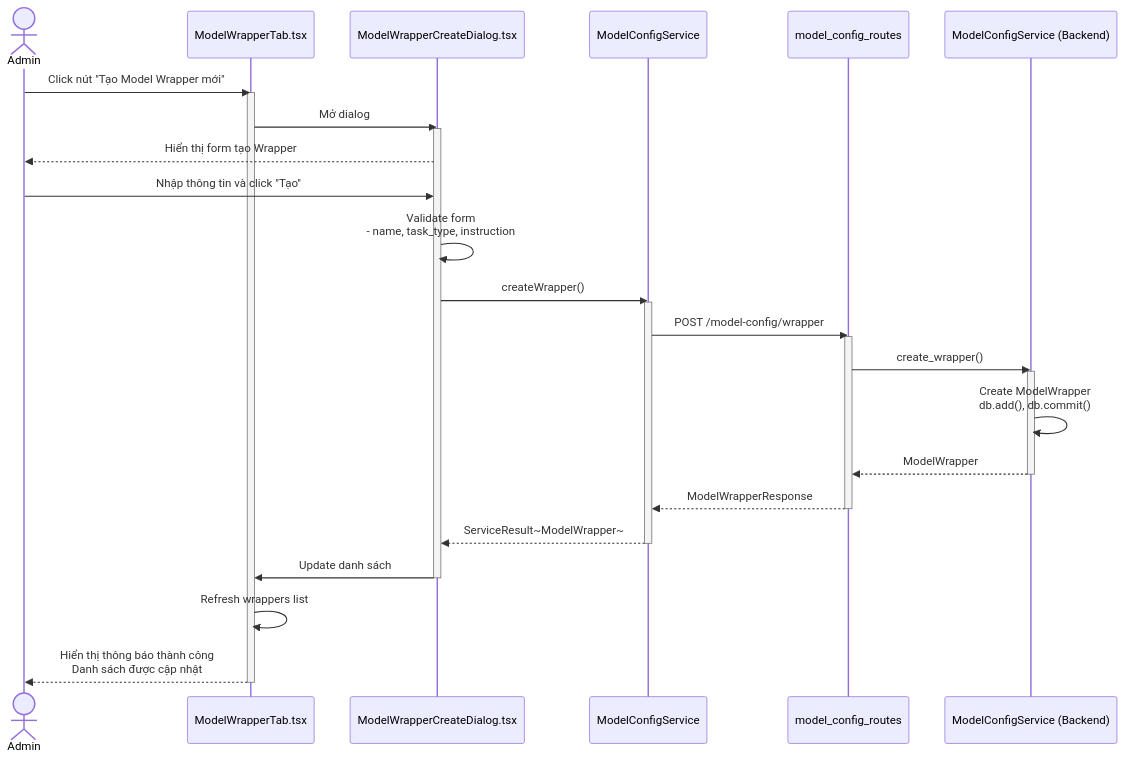
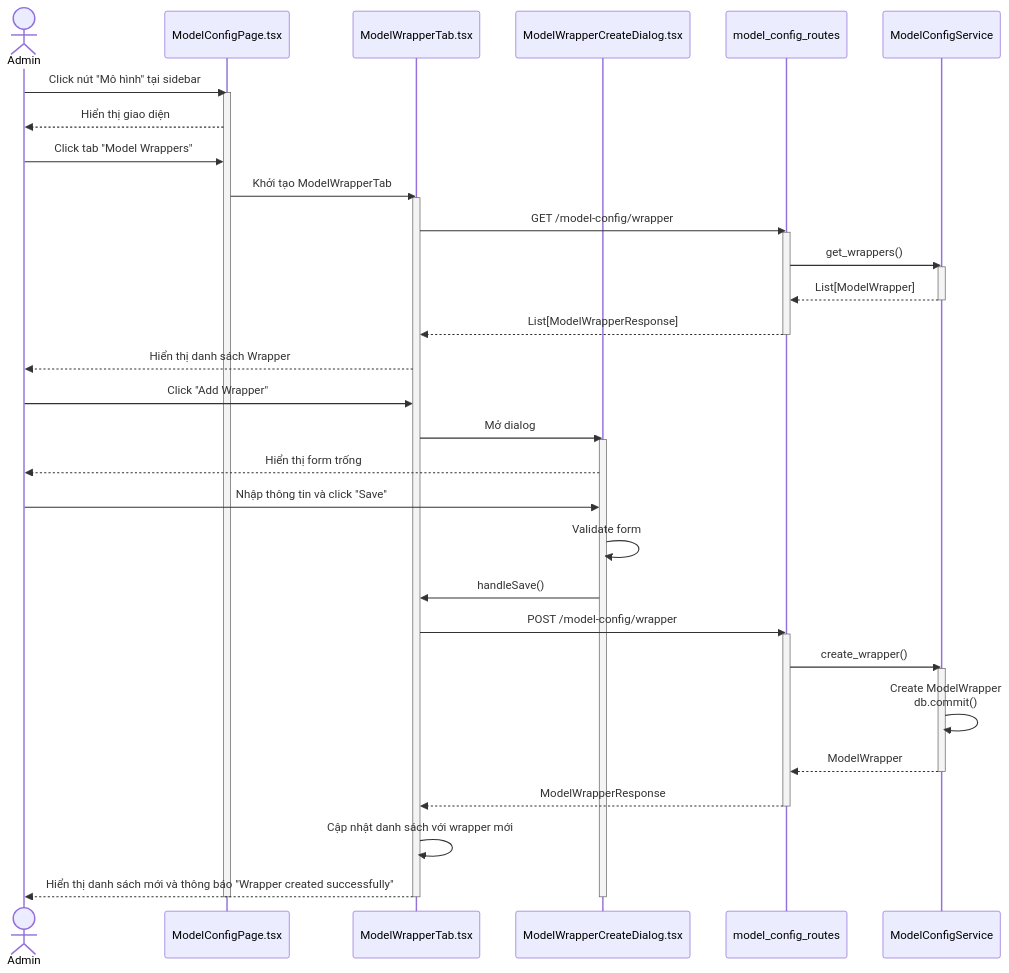
Before and after one commit to mduc-2610/gp_doc: the eighth of 10 diagrams in model_config/4_model_config_seq.md, drawn with Mermaid. The commit also changed other lines of this file and 12 other files, not shown here.

Commit message:
refactor scenario and sequence

````diff
--- a/model_config/4_model_config_seq.md
+++ b/model_config/4_model_config_seq.md
@@ -269,48 +430,56 @@
 ```mermaid
 sequenceDiagram
     actor Admin
+    participant ModelConfigPage as ModelConfigPage.tsx
     participant ModelWrapperTab as ModelWrapperTab.tsx
     participant ModelWrapperCreateDialog as ModelWrapperCreateDialog.tsx
+    participant ModelConfigRoutes as model_config_routes
     participant ModelConfigService as ModelConfigService
-    participant ModelConfigRoutes as model_config_routes
-    participant ModelConfigBackendService as ModelConfigService (Backend)
 
-    Admin->>ModelWrapperTab: Click nút "Tạo Model Wrapper mới"
+    Admin->>ModelConfigPage: Click nút "Mô hình" tại sidebar
+    activate ModelConfigPage
+    ModelConfigPage-->>Admin: Hiển thị giao diện
+    
+    Admin->>ModelConfigPage: Click tab "Model Wrappers"
+    ModelConfigPage->>ModelWrapperTab: Khởi tạo ModelWrapperTab
     activate ModelWrapperTab
     
+    ModelWrapperTab->>ModelConfigRoutes: GET /model-config/wrapper
+    activate ModelConfigRoutes
+    ModelConfigRoutes->>ModelConfigService: get_wrappers()
+    activate ModelConfigService
+    ModelConfigService-->>ModelConfigRoutes: List[ModelWrapper]
+    deactivate ModelConfigService
+    ModelConfigRoutes-->>ModelWrapperTab: List[ModelWrapperResponse]
+    deactivate ModelConfigRoutes
+    
+    ModelWrapperTab-->>Admin: Hiển thị danh sách Wrapper
+    
+    Admin->>ModelWrapperTab: Click "Add Wrapper"
     ModelWrapperTab->>ModelWrapperCreateDialog: Mở dialog
     activate ModelWrapperCreateDialog
+    ModelWrapperCreateDialog-->>Admin: Hiển thị form trống
     
-    ModelWrapperCreateDialog-->>Admin: Hiển thị form tạo Wrapper
+    Admin->>ModelWrapperCreateDialog: Nhập thông tin và click "Save"
+    ModelWrapperCreateDialog->>ModelWrapperCreateDialog: Validate form
+    ModelWrapperCreateDialog->>ModelWrapperTab: handleSave()
     
-    Admin->>ModelWrapperCreateDialog: Nhập thông tin và click "Tạo"
-    
-    ModelWrapperCreateDialog->>ModelWrapperCreateDialog: Validate form<br/>- name, task_type, instruction
-    
-    ModelWrapperCreateDialog->>ModelConfigService: createWrapper()
+    ModelWrapperTab->>ModelConfigRoutes: POST /model-config/wrapper
+    activate ModelConfigRoutes
+    ModelConfigRoutes->>ModelConfigService: create_wrapper()
     activate ModelConfigService
     
-    ModelConfigService->>ModelConfigRoutes: POST /model-config/wrapper
-    activate ModelConfigRoutes
+    ModelConfigService->>ModelConfigService: Create ModelWrapper<br/>db.commit()
     
-    ModelConfigRoutes->>ModelConfigBackendService: create_wrapper()
-    activate ModelConfigBackendService
-    
-    ModelConfigBackendService->>ModelConfigBackendService: Create ModelWrapper<br/>db.add(), db.commit()
-    
-    ModelConfigBackendService-->>ModelConfigRoutes: ModelWrapper
-    deactivate ModelConfigBackendService
-    
-    ModelConfigRoutes-->>ModelConfigService: ModelWrapperResponse
+    ModelConfigService-->>ModelConfigRoutes: ModelWrapper
+    deactivate ModelConfigService
+    ModelConfigRoutes-->>ModelWrapperTab: ModelWrapperResponse
     deactivate ModelConfigRoutes
     
-    ModelConfigService-->>ModelWrapperCreateDialog: ServiceResult~ModelWrapper~
-    deactivate ModelConfigService
+    ModelWrapperTab->>ModelWrapperTab: Cập nhật danh sách với wrapper mới
+    ModelWrapperTab-->>Admin: Hiển thị danh sách mới và thông báo "Wrapper created successfully"
     
-    ModelWrapperCreateDialog->>ModelWrapperTab: Update danh sách
     deactivate ModelWrapperCreateDialog
-    
-    ModelWrapperTab->>ModelWrapperTab: Refresh wrappers list
-    ModelWrapperTab-->>Admin: Hiển thị thông báo thành công<br/>Danh sách được cập nhật
     deactivate ModelWrapperTab
+    deactivate ModelConfigPage
 ```
````
